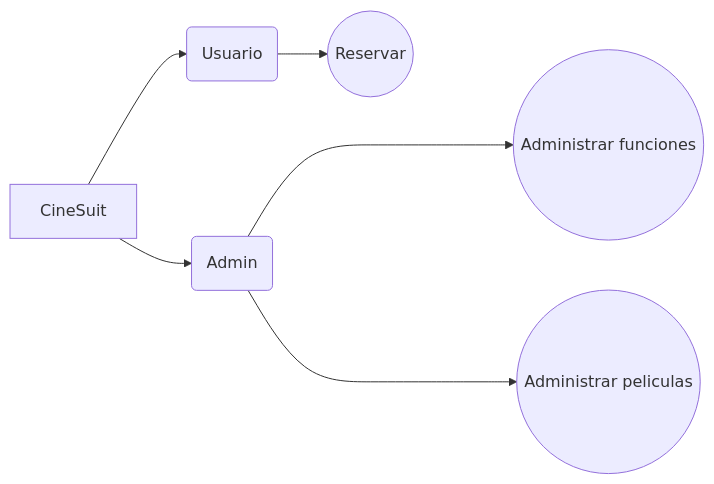
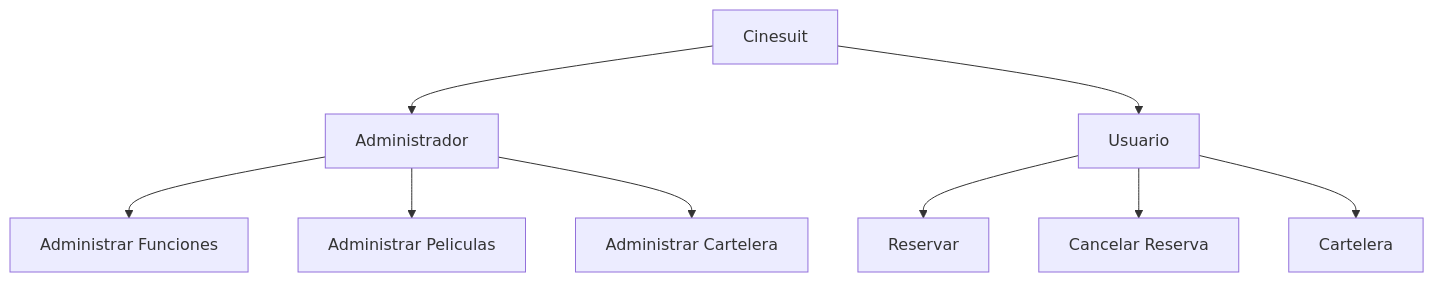
One commit to DLeonardoG/Cinema changed the diagram in README.md. Above: the diagram before and after it, drawn with Mermaid.

````diff
--- a/README.md
+++ b/README.md
@@ -38,9 +38,11 @@
 ```mermaid
-graph LR
-A[CineSuit] --> B(Admin)
-A[CineSuit] --> C(Usuario)
-B ----> E((Administrar funciones))
-B ----> F((Administrar peliculas))
-C(Usuario) --> G((Reservar))
-
+graph TD
+    A[Cinesuit] --> B[Administrador]
+    A --> C[Usuario]
+    C --> D[Reservar]
+    C --> E[Cancelar Reserva]
+    C --> F[Cartelera]
+    B --> G[Administrar Funciones]
+    B --> H[Administrar Peliculas]
+    B --> I[Administrar Cartelera]
 ```
````
